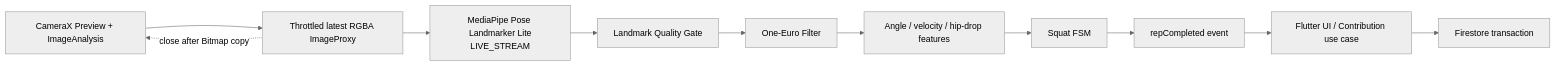
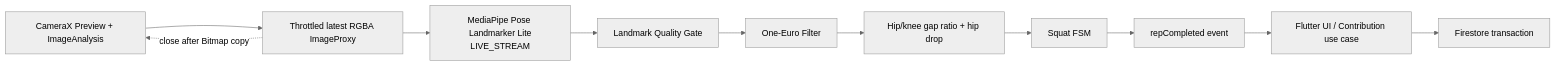
One commit to kren-team/MICHIZURE changed the first of 2 diagrams in docs/squat-detection.md. Above: the diagram before and after it, drawn with Mermaid (neutral theme). The commit also changed other lines of this file and 9 other files, not shown here.

````diff
--- a/docs/squat-detection.md
+++ b/docs/squat-detection.md
@@ -22,16 +22,16 @@
 ```mermaid
 flowchart LR
     Camera["CameraX Preview + ImageAnalysis"]
     Frame["Throttled latest RGBA ImageProxy"]
     ML["MediaPipe Pose Landmarker Lite<br/>LIVE_STREAM"]
     Quality["Landmark Quality Gate"]
     Filter["One-Euro Filter"]
-    Feature["Angle / velocity / hip-drop features"]
+    Feature["Hip/knee gap ratio + hip drop"]
     FSM["Squat FSM"]
     Event["repCompleted event"]
     Flutter["Flutter UI / Contribution use case"]
     Firestore["Firestore transaction"]
 
     Camera --> Frame --> ML --> Quality --> Filter --> Feature --> FSM --> Event --> Flutter --> Firestore
     Frame -. close after Bitmap copy .-> Camera
 ```
````
